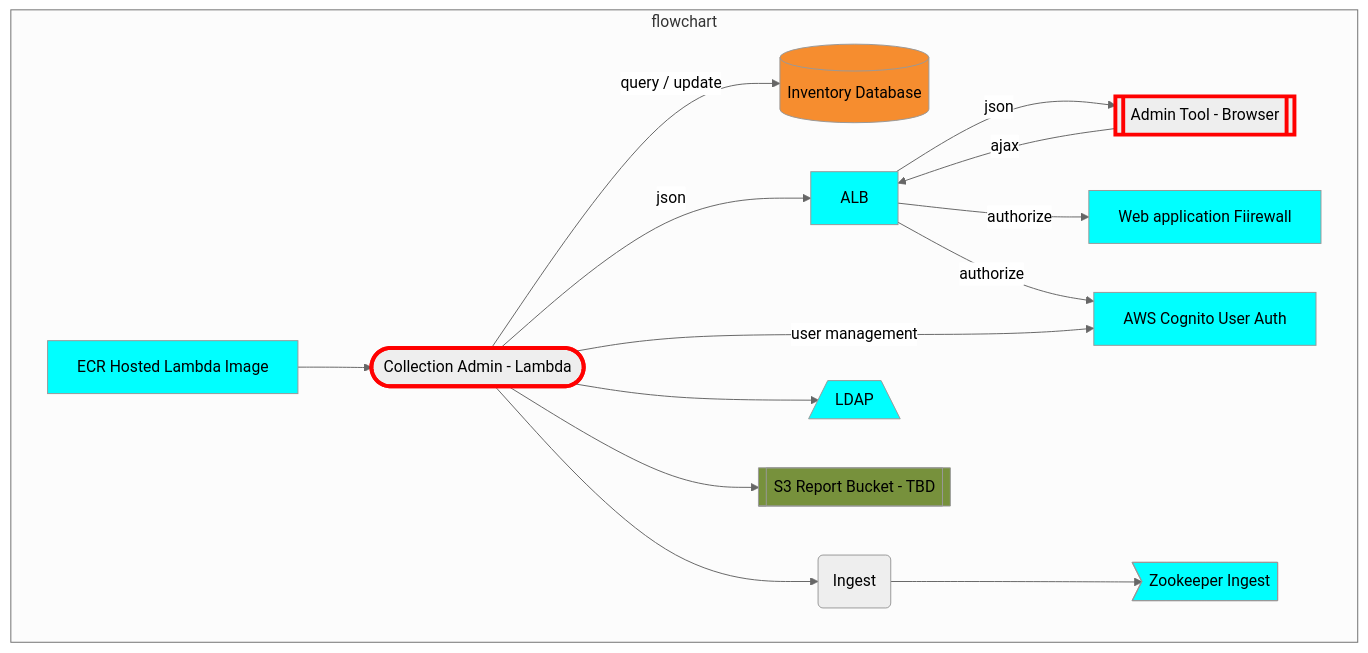
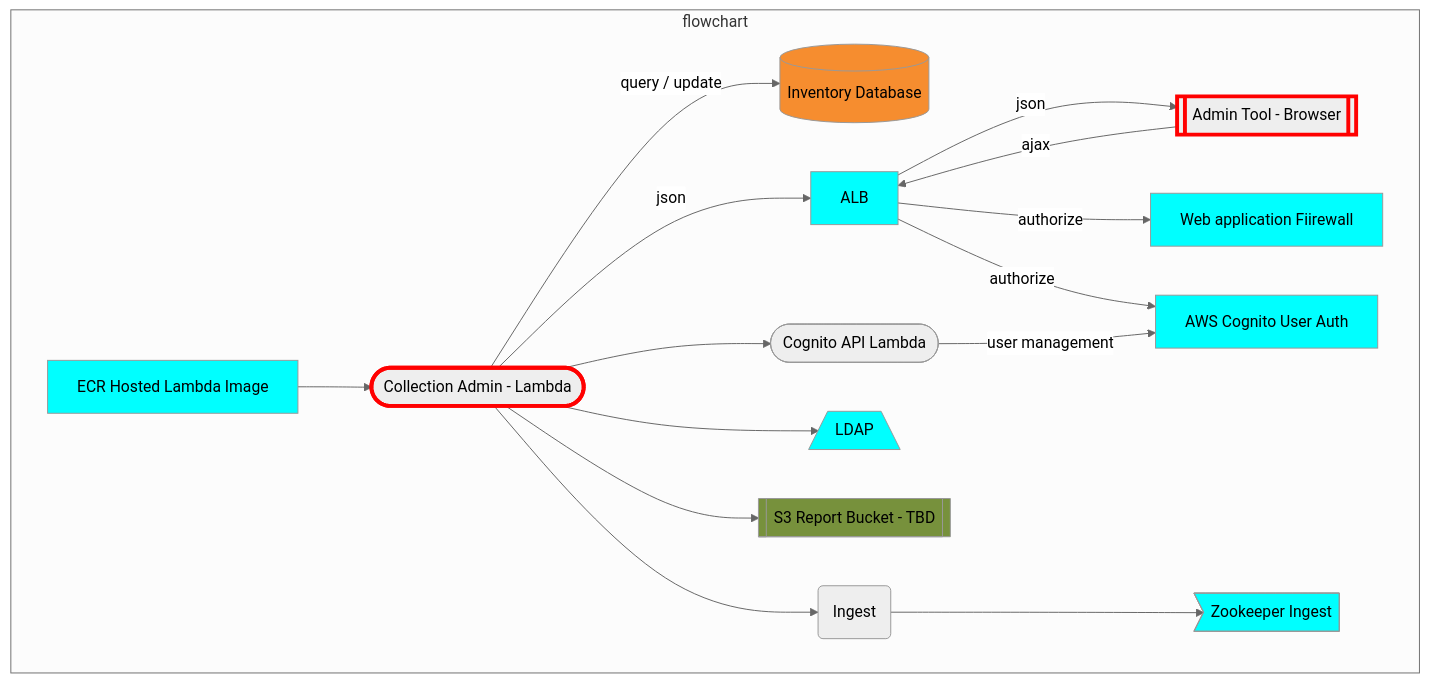
Before and after one commit to CDLUC3/mrt-doc: the diagram in diagrams/colladmin.mmd, drawn with Mermaid. The commit also changed 1 other file, not shown here.

Commit message:
Add Cognito Lambda to diagram

```diff
--- a/diagrams/colladmin.mmd
+++ b/diagrams/colladmin.mmd
@@ -1,42 +1,45 @@
 %%{init: {'theme': 'neutral', 'securityLevel': 'loose'}}%%
 graph TD
   RDSINV[(Inventory Database)]
   COLLADMIN([Collection Admin - Lambda])
   click COLLADMIN href "https://github.com/CDLUC3/mrt-admin-lambda" "source code"
   ADMINWEB[[Admin Tool - Browser]]
   click ADMINWEB href "https://github.com/CDLUC3/mrt-admin-lambda" "source code"
+  COGLAMB([Cognito API Lambda])
+  click COGLAMB href "https://github.com/CDLUC3/mrt-admin-lambda/cognito-lambda-nonvpc" "source code"
   WAF[Web application Fiirewall]
   COG[AWS Cognito User Auth]
   ECR[ECR Hosted Lambda Image]
   ING(Ingest)
   click ING href "https://github.com/CDLUC3/mrt-ingest" "source code"
   ZOOING>Zookeeper Ingest]
   click ZOOING href "https://github.com/CDLUC3/mrt-zoo" "source code"
   LDAP[/LDAP\]
   S3RPT[[S3 Report Bucket - TBD]]
 
   subgraph flowchart
     COLLADMIN --> |"query / update"| RDSINV
     COLLADMIN --> |json| ALB
     ADMINWEB --> |ajax| ALB
     ALB --> |json| ADMINWEB
     ALB --> |authorize| WAF
     ALB --> |authorize| COG
     ECR --> COLLADMIN
     COLLADMIN --> ING
     COLLADMIN --> LDAP
     COLLADMIN --> S3RPT
-    COLLADMIN --> |user management| COG
+    COLLADMIN --> COGLAMB
+    COGLAMB --> |user management| COG
     ING --> ZOOING
   end
   
   style RDSINV fill:#F68D2F
   style COLLADMIN stroke:red,stroke-width:4px
   style ADMINWEB stroke:red,stroke-width:4px
   style ALB fill:cyan
   style WAF fill:cyan
   style COG fill:cyan
   style ECR fill:cyan
   style ZOOING fill:cyan
   style LDAP fill:cyan
   style S3RPT fill:#77913C
```
